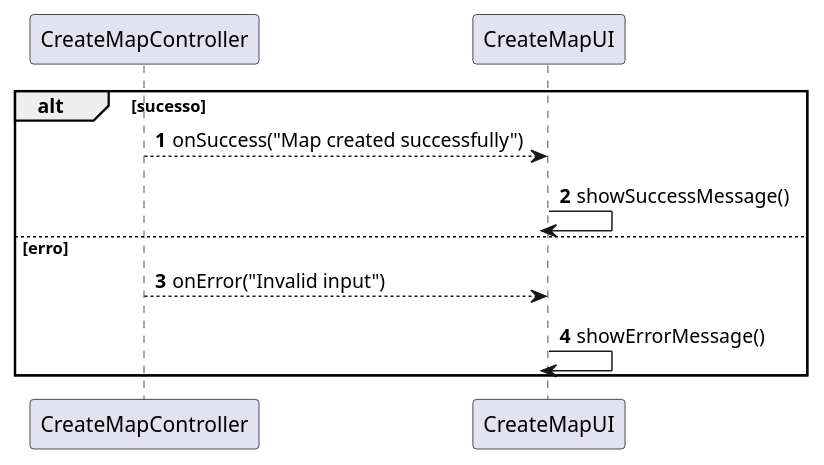
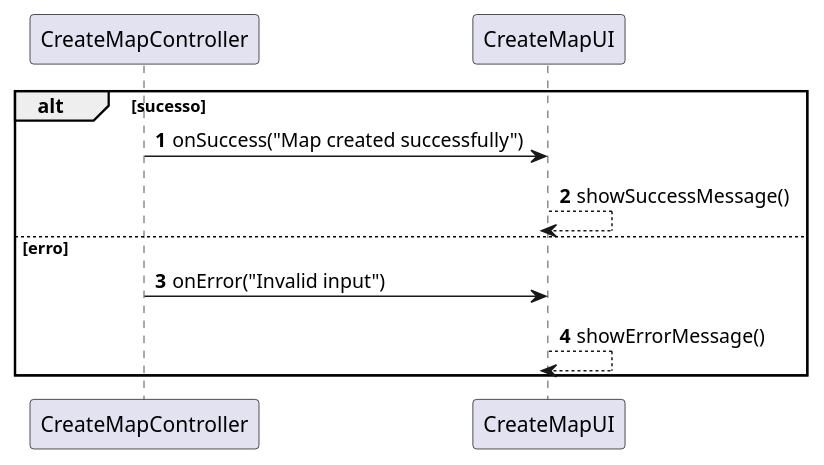
One commit to Andremonteiro1240850/railway_simulator changed the diagram in Sprint2/US01/03.design.us01/puml/US01-SD-partial-feedback.puml. Above: the diagram before and after it, drawn with PlantUML. The commit also changed 6 other files, not shown here.

Commit message:
Diagrams Updated

```diff
--- a/Sprint2/US01/03.design.us01/puml/US01-SD-partial-feedback.puml
+++ b/Sprint2/US01/03.design.us01/puml/US01-SD-partial-feedback.puml
@@ -1,23 +1,23 @@
 @startuml
 'https://plantuml.com/sequence-diagram
 'skinparam monochrome true
 skinparam packageStyle rectangle
 skinparam shadowing false
 
 autonumber
 'hide footbox
 
 alt sucesso
-    CreateMapController --> CreateMapUI : onSuccess("Map created successfully")
+    CreateMapController -> CreateMapUI : onSuccess("Map created successfully")
     deactivate CreateMapController
 
-    CreateMapUI -> CreateMapUI : showSuccessMessage()
+    CreateMapUI --> CreateMapUI : showSuccessMessage()
     deactivate CreateMapUI
 else erro
-    CreateMapController --> CreateMapUI : onError("Invalid input")
+    CreateMapController -> CreateMapUI : onError("Invalid input")
     deactivate CreateMapController
 
-    CreateMapUI -> CreateMapUI : showErrorMessage()
+    CreateMapUI --> CreateMapUI : showErrorMessage()
     deactivate CreateMapUI
 end
 @enduml
```
